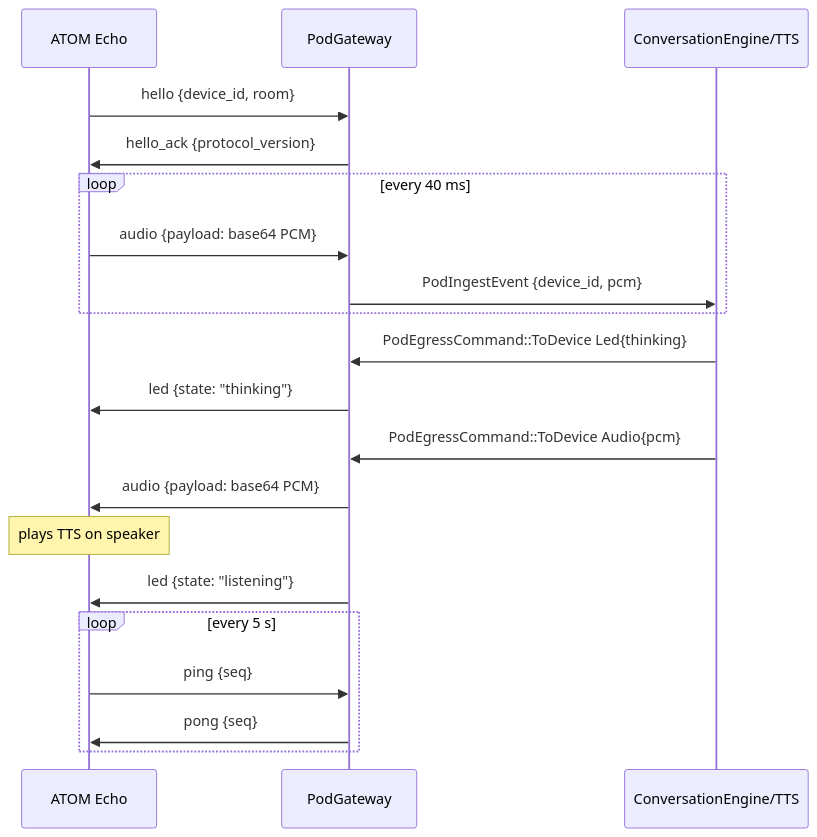
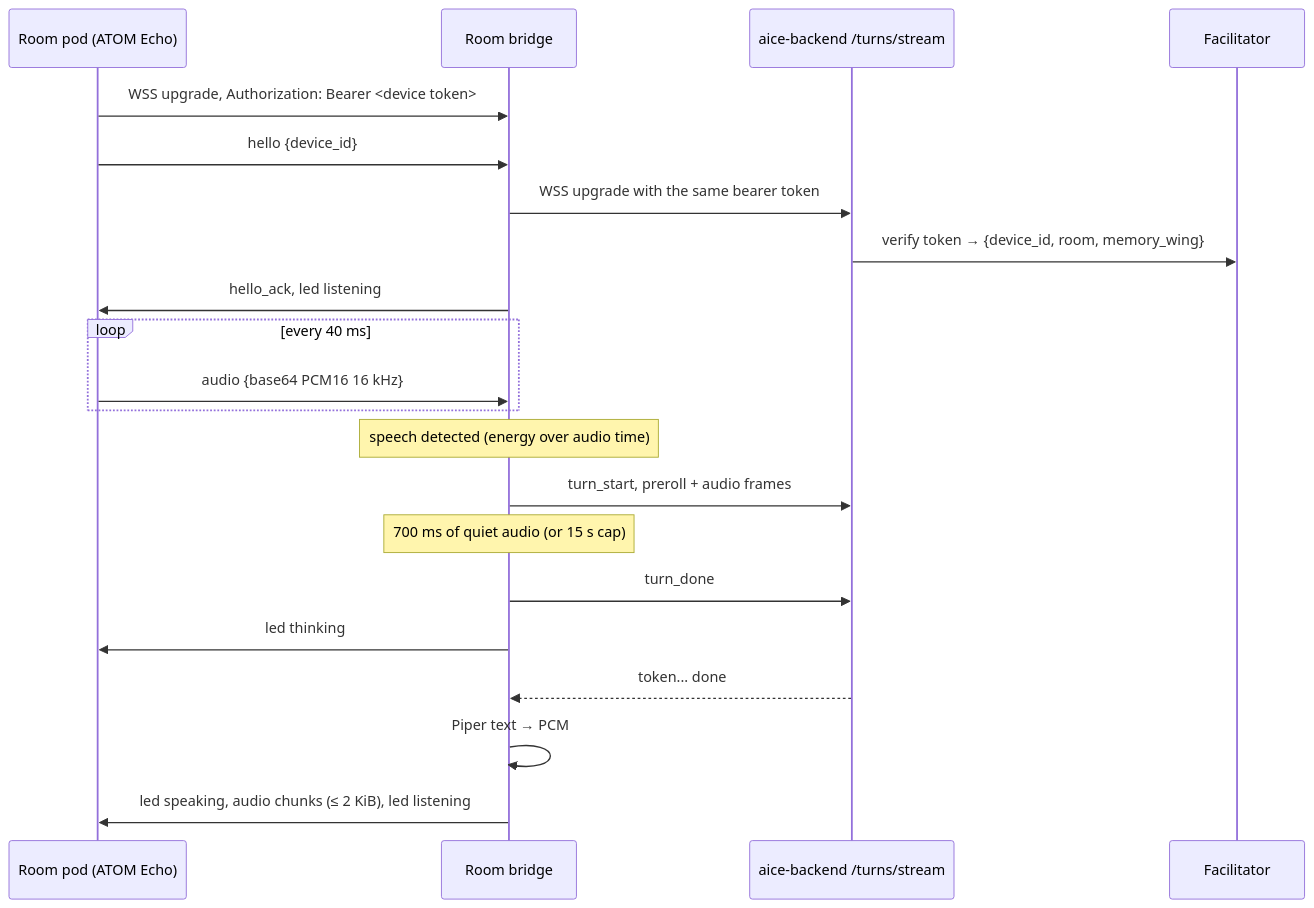
The fourth of 21 diagrams in docs/architecture/README.md (AncientiCe/aice), drawn with Mermaid before and after one commit. The commit also changed other lines of this file and 24 other files, not shown here.

First line of the commit message:
Bridge room pods to the voice backend and watch for silent pods.

````diff
--- a/docs/architecture/README.md
+++ b/docs/architecture/README.md
@@ -82,23 +82,24 @@
 ```mermaid
 sequenceDiagram
-    participant Echo as ATOM Echo
-    participant GW as PodGateway
-    participant Pipeline as ConversationEngine/TTS
+    participant Pod as Room pod (ATOM Echo)
+    participant Bridge as Room bridge
+    participant Backend as aice-backend /turns/stream
+    participant Fac as Facilitator
 
-    Echo->>GW: hello {device_id, room}
-    GW->>Echo: hello_ack {protocol_version}
+    Pod->>Bridge: WSS upgrade, Authorization: Bearer <device token>
+    Pod->>Bridge: hello {device_id}
+    Bridge->>Backend: WSS upgrade with the same bearer token
+    Backend->>Fac: verify token → {device_id, room, memory_wing}
+    Bridge->>Pod: hello_ack, led listening
     loop every 40 ms
-        Echo->>GW: audio {payload: base64 PCM}
-        GW->>Pipeline: PodIngestEvent {device_id, pcm}
+        Pod->>Bridge: audio {base64 PCM16 16 kHz}
     end
-    Pipeline->>GW: PodEgressCommand::ToDevice Led{thinking}
-    GW->>Echo: led {state: "thinking"}
-    Pipeline->>GW: PodEgressCommand::ToDevice Audio{pcm}
-    GW->>Echo: audio {payload: base64 PCM}
-    Note over Echo: plays TTS on speaker
-    GW->>Echo: led {state: "listening"}
-    loop every 5 s
-        Echo->>GW: ping {seq}
-        GW->>Echo: pong {seq}
-    end
+    Note over Bridge: speech detected (energy over audio time)
+    Bridge->>Backend: turn_start, preroll + audio frames
+    Note over Bridge: 700 ms of quiet audio (or 15 s cap)
+    Bridge->>Backend: turn_done
+    Bridge->>Pod: led thinking
+    Backend-->>Bridge: token... done
+    Bridge->>Bridge: Piper text → PCM
+    Bridge->>Pod: led speaking, audio chunks (≤ 2 KiB), led listening
 ```
````
